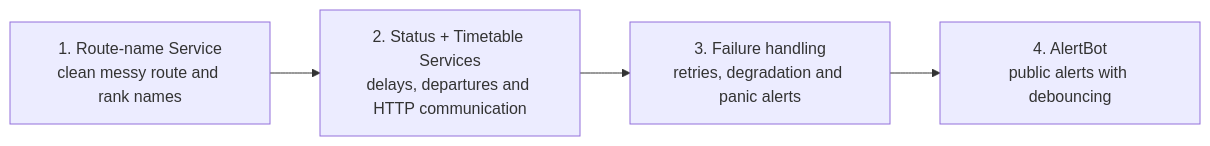
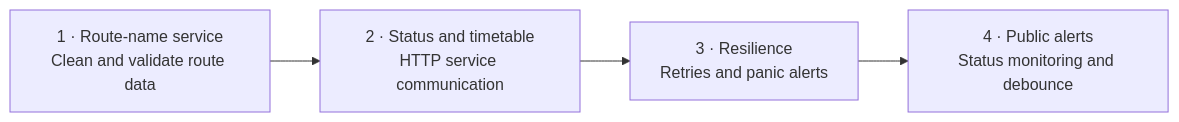
Before and after one commit to ZinhleHlongwane/TransitPulse: the diagram in README.md, drawn with Mermaid. The commit also changed other lines of this file, not shown here.

````diff
--- a/README.md
+++ b/README.md
@@ -19,12 +24,8 @@
 ```mermaid
 flowchart LR
-
-  I1["1. Route-name Service<br/>clean messy route and rank names"]
-  I2["2. Status + Timetable Services<br/>delays, departures and HTTP communication"]
-  I3["3. Failure handling<br/>retries, degradation and panic alerts"]
-  I4["4. AlertBot<br/>public alerts with debouncing"]
-
-  I1 --> I2
-  I2 --> I3
-  I3 --> I4
+    A["1 · Route-name service<br/>Clean and validate route data"]
+    B["2 · Status and timetable<br/>HTTP service communication"]
+    C["3 · Resilience<br/>Retries and panic alerts"]
+    D["4 · Public alerts<br/>Status monitoring and debounce"]
+    A --> B --> C --> D
 ```
````
